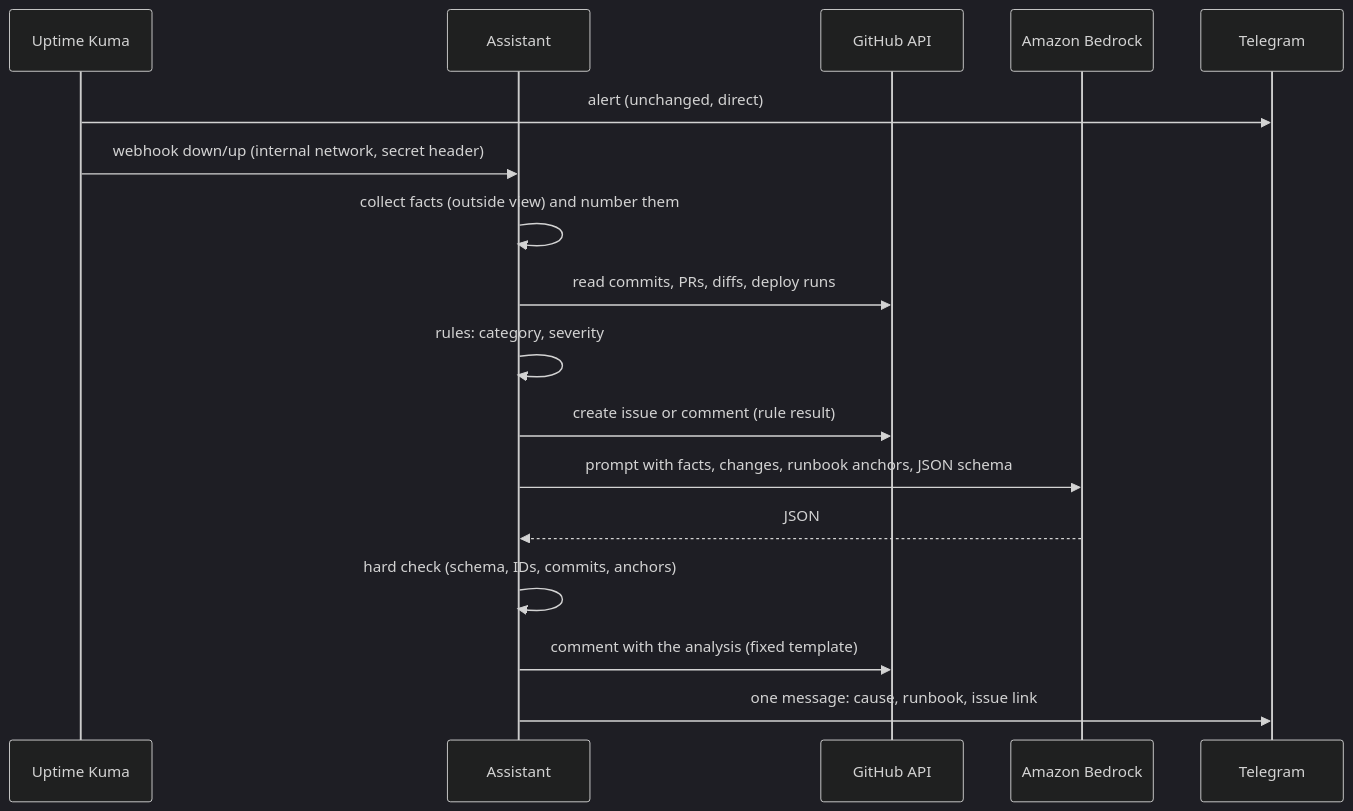
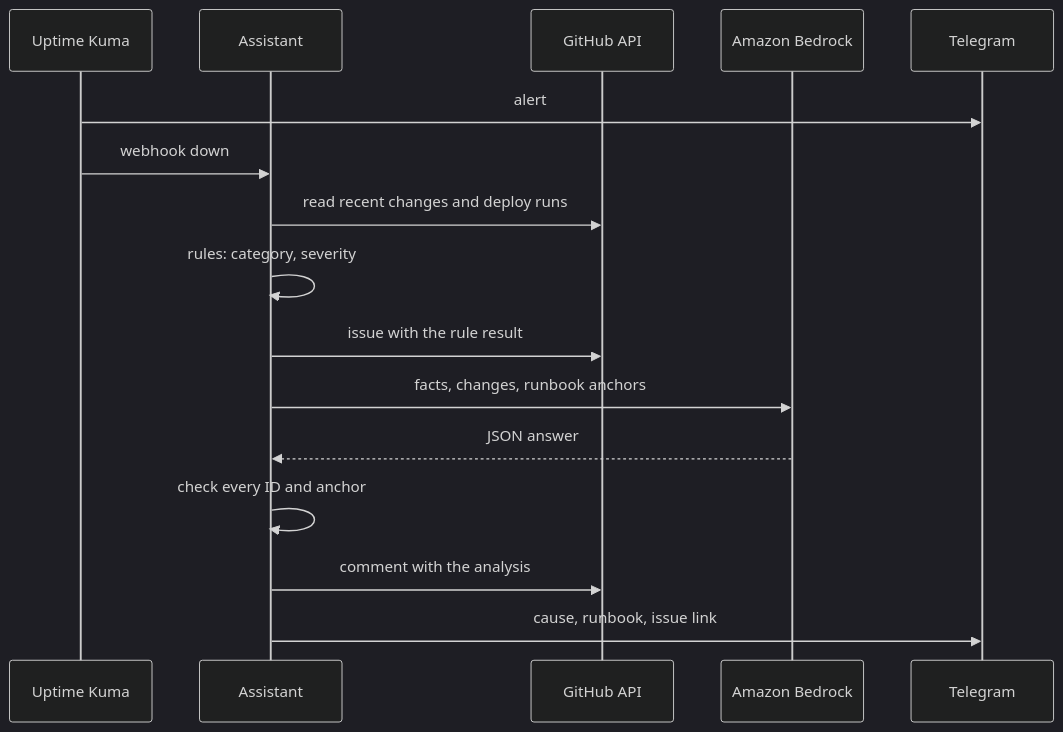
One commit to PhilippKlinger/vps-incident-assistant changed the diagram in README.md. Above: the diagram before and after it, drawn with Mermaid (dark theme).

Commit message:
docs: put the intro first and shorten the alert sequence

````diff
--- a/README.md
+++ b/README.md
@@ -17,19 +17,18 @@
 ```mermaid
 sequenceDiagram
     participant K as Uptime Kuma
     participant A as Assistant
     participant G as GitHub API
     participant O as Amazon Bedrock
     participant T as Telegram
-    K->>T: alert (unchanged, direct)
-    K->>A: webhook down/up (internal network, secret header)
-    A->>A: collect facts (outside view) and number them
-    A->>G: read commits, PRs, diffs, deploy runs
+    K->>T: alert
+    K->>A: webhook down
+    A->>G: read recent changes and deploy runs
     A->>A: rules: category, severity
-    A->>G: create issue or comment (rule result)
-    A->>O: prompt with facts, changes, runbook anchors, JSON schema
-    O-->>A: JSON
-    A->>A: hard check (schema, IDs, commits, anchors)
-    A->>G: comment with the analysis (fixed template)
-    A->>T: one message: cause, runbook, issue link
+    A->>G: issue with the rule result
+    A->>O: facts, changes, runbook anchors
+    O-->>A: JSON answer
+    A->>A: check every ID and anchor
+    A->>G: comment with the analysis
+    A->>T: cause, runbook, issue link
 ```
````
